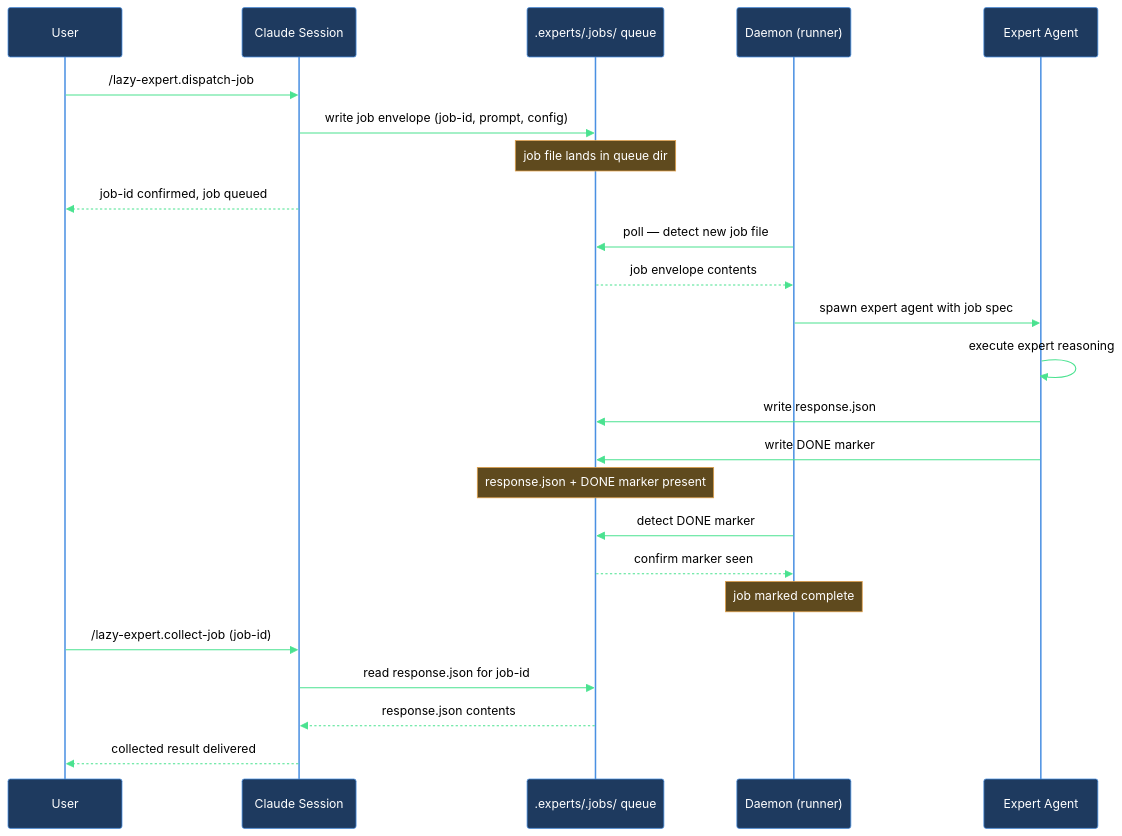
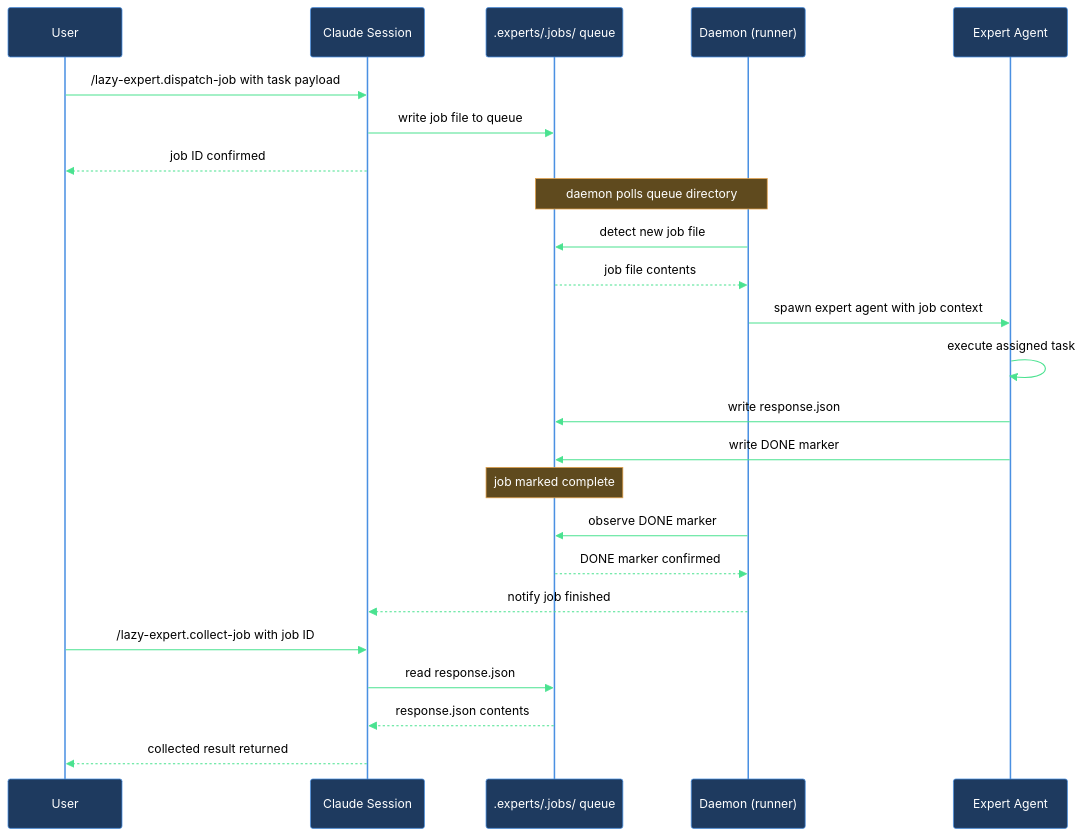
Before and after one commit to mebius-san/lazy-cortex: the diagram in claude/lazycortex-core/help/walkthroughs/setup-expert.md, drawn with Mermaid. The commit also changed other lines of this file and 45 other files, not shown here.

````diff
--- a/claude/lazycortex-core/help/walkthroughs/setup-expert.md
+++ b/claude/lazycortex-core/help/walkthroughs/setup-expert.md
@@ -166,32 +166,28 @@
 ```mermaid
 %%{init: {'themeVariables':{'background':'transparent','primaryColor':'#1e3a5f','primaryBorderColor':'#4a90e2','primaryTextColor':'#fff','lineColor':'#4ae290','actorBkg':'#1e3a5f','actorBorder':'#4a90e2','actorTextColor':'#fff','actorLineColor':'#4a90e2','signalColor':'#4ae290','signalTextColor':'#000','noteBkgColor':'#5f4a1e','noteBorderColor':'#e2a14a','noteTextColor':'#fff','labelBoxBkgColor':'#5f4a1e','labelBoxBorderColor':'#e2a14a','labelTextColor':'#fff','loopTextColor':'#e2a14a'},'sequence':{'diagramPadding':5,'useMaxWidth':true}}}%%
 sequenceDiagram
   participant user as User
   participant claudeSession as Claude Session
   participant jobsQueue as .experts/.jobs/ queue
   participant daemon as Daemon (runner)
   participant expertAgent as Expert Agent
 
-  user->>claudeSession: /lazy-expert.dispatch-job
-  claudeSession->>jobsQueue: write job envelope (job-id, prompt, config)
-  Note over jobsQueue: job file lands in queue dir
-  claudeSession-->>user: job-id confirmed, job queued
-
-  daemon->>jobsQueue: poll — detect new job file
-  jobsQueue-->>daemon: job envelope contents
-  daemon->>expertAgent: spawn expert agent with job spec
-
-  expertAgent->>expertAgent: execute expert reasoning
+  user->>claudeSession: /lazy-expert.dispatch-job with task payload
+  claudeSession->>jobsQueue: write job file to queue
+  claudeSession-->>user: job ID confirmed
+  Note over jobsQueue,daemon: daemon polls queue directory
+  daemon->>jobsQueue: detect new job file
+  jobsQueue-->>daemon: job file contents
+  daemon->>expertAgent: spawn expert agent with job context
+  expertAgent->>expertAgent: execute assigned task
   expertAgent->>jobsQueue: write response.json
   expertAgent->>jobsQueue: write DONE marker
-  Note over jobsQueue: response.json + DONE marker present
-
-  daemon->>jobsQueue: detect DONE marker
-  jobsQueue-->>daemon: confirm marker seen
-  Note over daemon: job marked complete
-
-  user->>claudeSession: /lazy-expert.collect-job (job-id)
-  claudeSession->>jobsQueue: read response.json for job-id
+  Note over jobsQueue: job marked complete
+  daemon->>jobsQueue: observe DONE marker
+  jobsQueue-->>daemon: DONE marker confirmed
+  daemon-->>claudeSession: notify job finished
+  user->>claudeSession: /lazy-expert.collect-job with job ID
+  claudeSession->>jobsQueue: read response.json
   jobsQueue-->>claudeSession: response.json contents
-  claudeSession-->>user: collected result delivered
+  claudeSession-->>user: collected result returned
 ```
````
